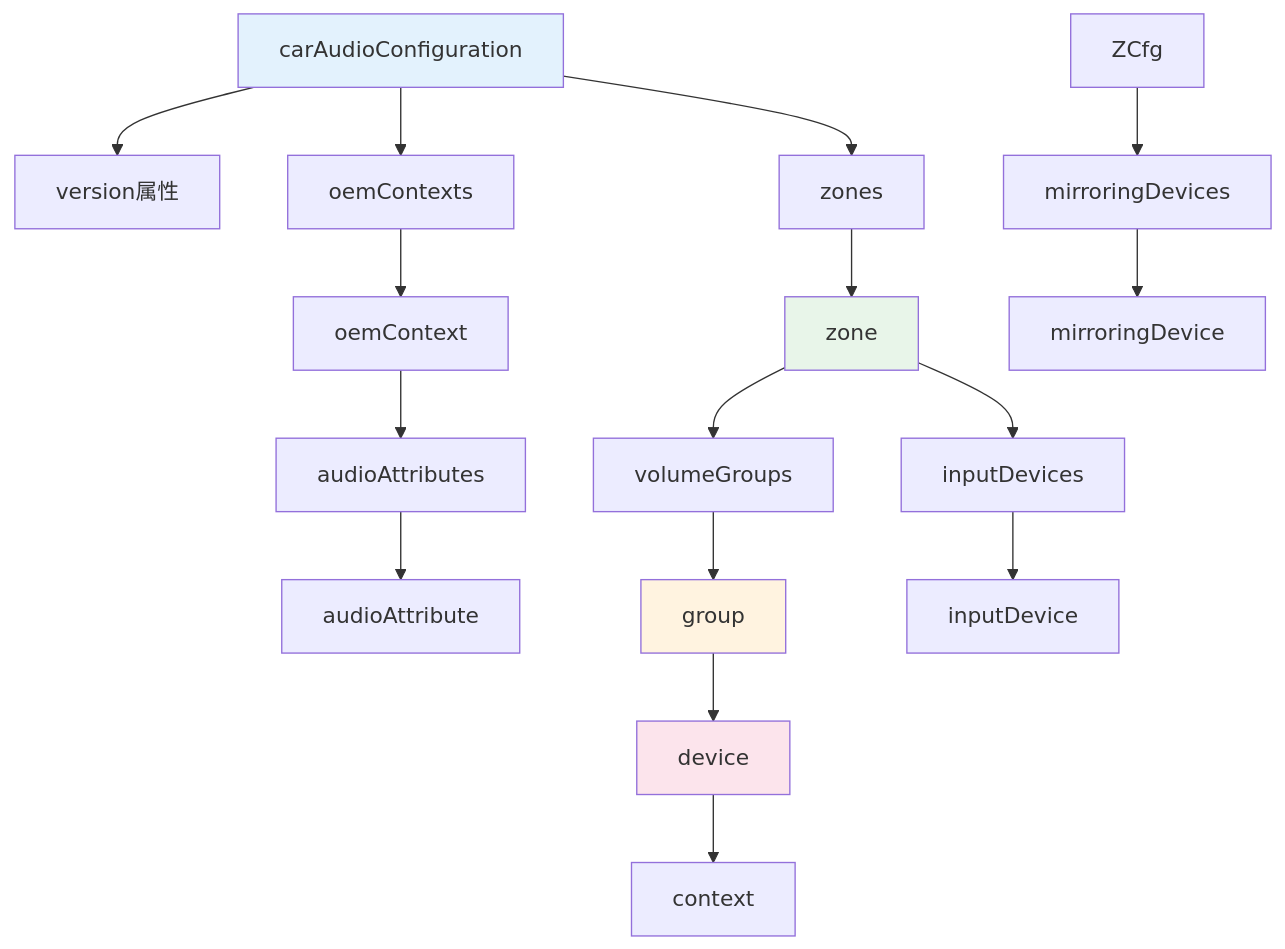
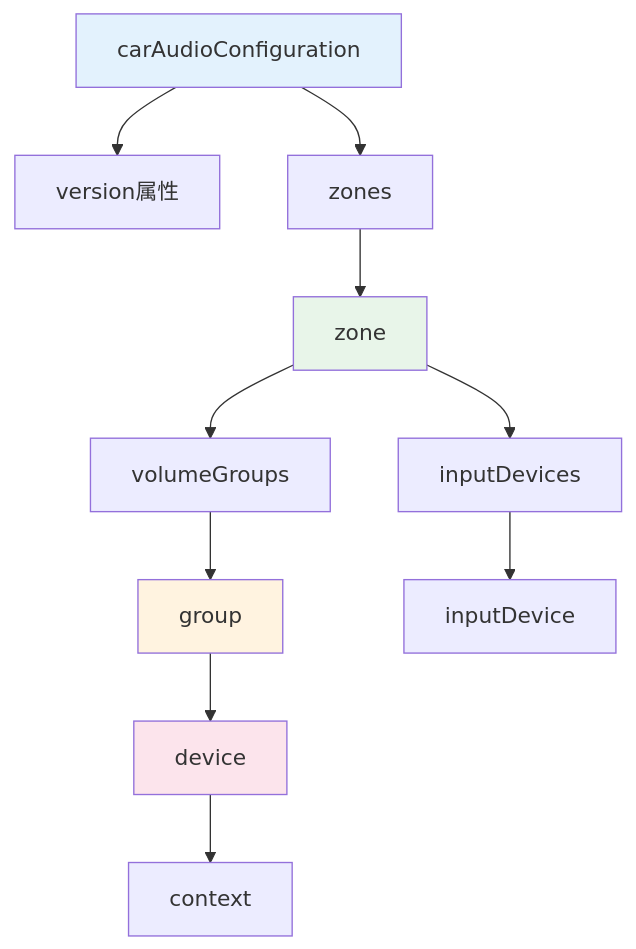
Before and after one commit to yanglinzhen1022/SA8295_AAOS_QNX_Audio_KnowledgeBase: the first of 3 diagrams in 11_Vendor_Layer/11_11.9_car_audio_configuration.xml_深度解析.md, drawn with Mermaid. The commit also changed other lines of this file and 13 other files, not shown here.

````diff
--- a/11_Vendor_Layer/11_11.9_car_audio_configuration.xml_深度解析.md
+++ b/11_Vendor_Layer/11_11.9_car_audio_configuration.xml_深度解析.md
@@ -11,23 +11,17 @@
 ```mermaid
 graph TD
     Root[carAudioConfiguration] --> Ver[version属性]
-    Root --> OemCtx[oemContexts]
     Root --> Zones[zones]
-    OemCtx --> OemC[oemContext]
-    OemC --> AA[audioAttributes]
-    AA --> AAttr[audioAttribute]
     Zones --> Zone[zone]
     Zone --> VGs[volumeGroups]
     VGs --> VG[group]
     VG --> Dev[device]
     Dev --> Ctx[context]
     Zone --> InDevs[inputDevices]
     InDevs --> InDev[inputDevice]
-    ZCfg --> MirDevs[mirroringDevices]
-    MirDevs --> MirDev[mirroringDevice]
 
     style Root fill:#e3f2fd
     style Zone fill:#e8f5e9
     style VG fill:#fff3e0
     style Dev fill:#fce4ec
 ```
````
